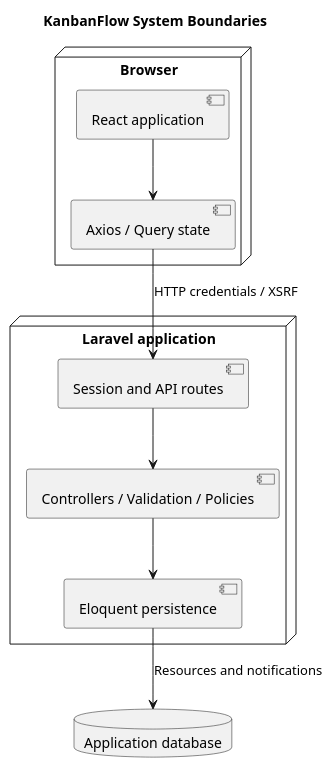
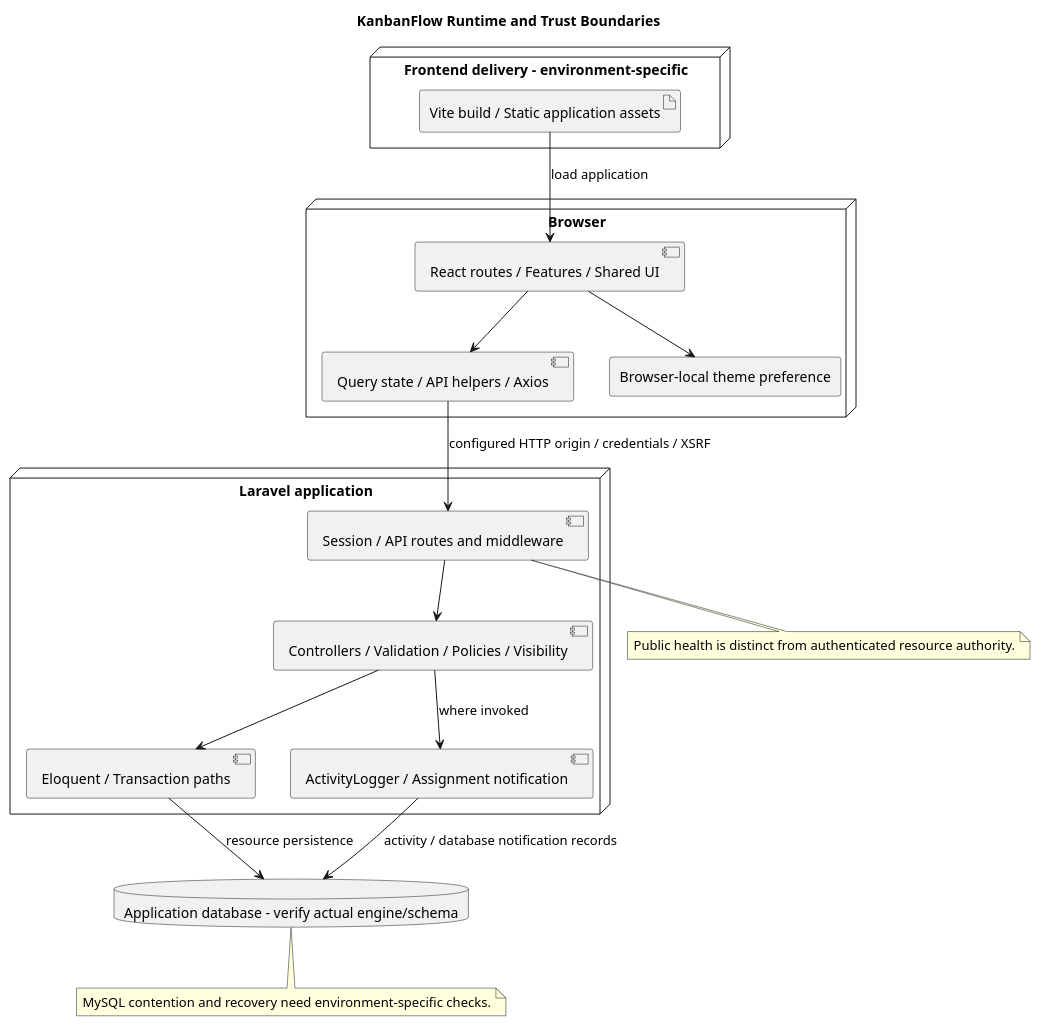
Before and after one commit to Farhad-Valizadegan/Web-KanbanFlow: the diagram in docs/SDLC/04-design/diagrams/system-architecture-diagram.puml, drawn with PlantUML. The commit also changed 2 other files, not shown here.

Commit message:
docs: complete system architecture runtime and verification boundaries

```diff
--- a/docs/SDLC/04-design/diagrams/system-architecture-diagram.puml
+++ b/docs/SDLC/04-design/diagrams/system-architecture-diagram.puml
@@ -1,18 +1,29 @@
 @startuml
-title KanbanFlow System Boundaries
-node Browser {
- component "React application" as UI
- component "Axios / Query state" as Client
+title KanbanFlow Runtime and Trust Boundaries
+node "Browser" {
+ component "React routes / Features / Shared UI" as UI
+ component "Query state / API helpers / Axios" as Client
+ rectangle "Browser-local theme preference" as Theme
  UI --> Client
+ UI --> Theme
+}
+node "Frontend delivery - environment-specific" {
+ artifact "Vite build / Static application assets" as Bundle
 }
 node "Laravel application" {
- component "Session and API routes" as Routes
- component "Controllers / Validation / Policies" as Controls
- component "Eloquent persistence" as Models
+ component "Session / API routes and middleware" as Routes
+ component "Controllers / Validation / Policies / Visibility" as Controls
+ component "Eloquent / Transaction paths" as Models
+ component "ActivityLogger / Assignment notification" as Effects
  Routes --> Controls
  Controls --> Models
+ Controls --> Effects : where invoked
 }
-database "Application database" as DB
-Client --> Routes : HTTP credentials / XSRF
-Models --> DB : Resources and notifications
+database "Application database - verify actual engine/schema" as DB
+Bundle --> UI : load application
+Client --> Routes : configured HTTP origin / credentials / XSRF
+Models --> DB : resource persistence
+Effects --> DB : activity / database notification records
+note bottom of DB : MySQL contention and recovery need environment-specific checks.
+note bottom of Routes : Public health is distinct from authenticated resource authority.
 @enduml
```
